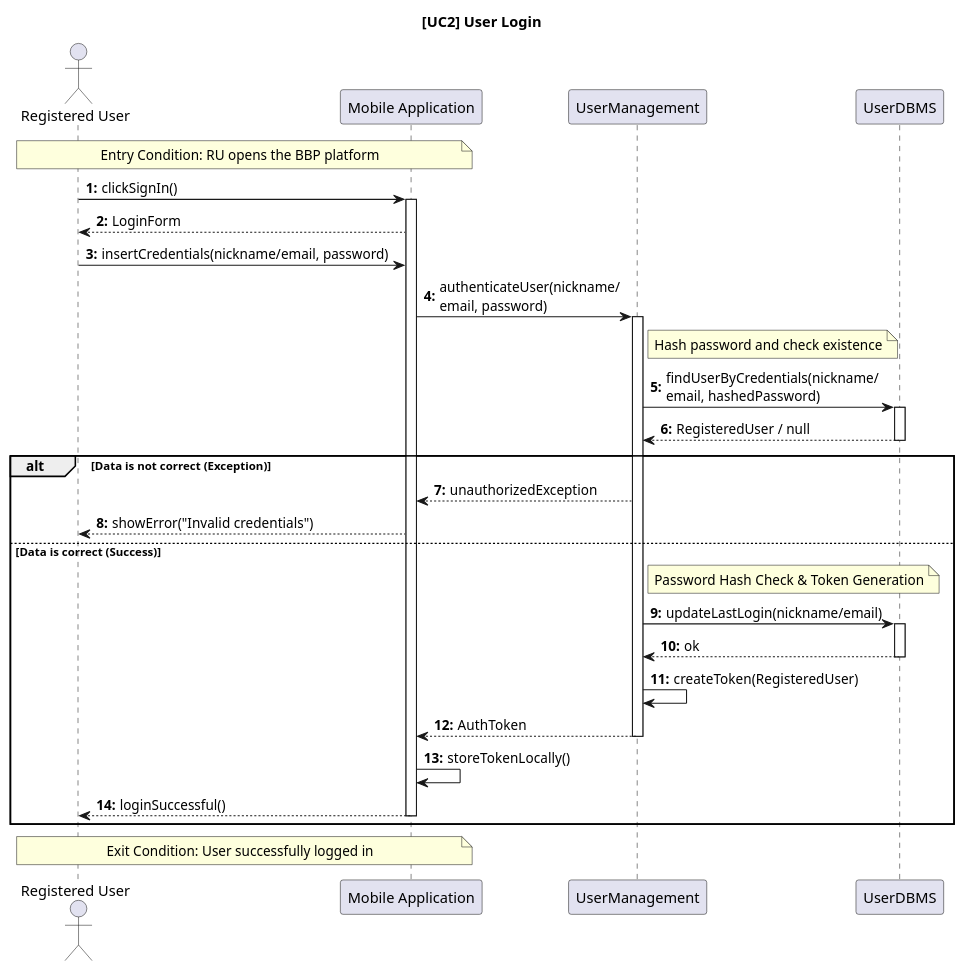
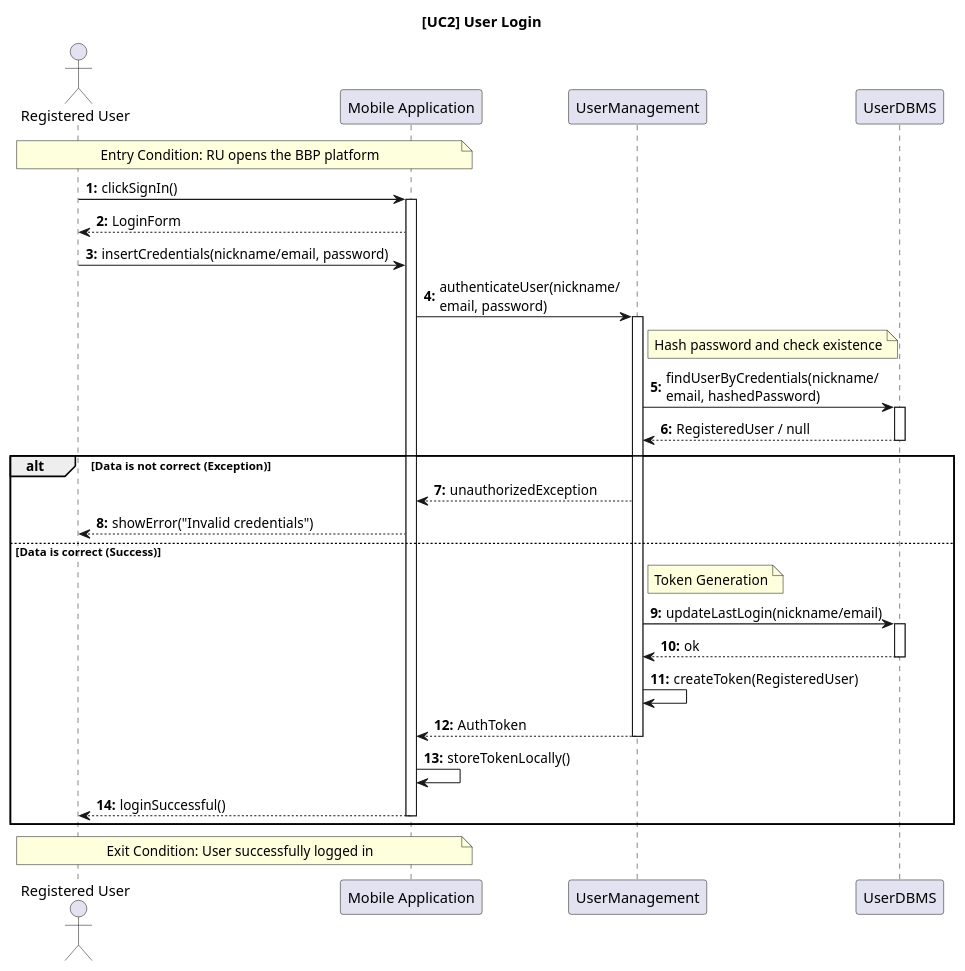
The diagram in DD/sequencediagrams/usecase2.puml (ilevinci/RubinoUvinsiVinciguerra), drawn with PlantUML before and after one commit. The commit also changed 7 other files, not shown here.

Commit message:
refinement of use case diagrams (maybe last version, i hope)

```diff
--- a/DD/sequencediagrams/usecase2.puml
+++ b/DD/sequencediagrams/usecase2.puml
@@ -1,62 +1,62 @@
 @startuml UC2_UserLogin_Design
 autonumber "<b>0:"
 title [UC2] User Login 
 
 actor "Registered User" as RU
 participant "Mobile Application" as Client
 participant "UserManagement" as Auth
 participant "UserDBMS" as DB
 
 'entry condition
 note over RU, Client: Entry Condition: RU opens the BBP platform
 
 RU -> Client: clickSignIn()
 activate Client
 
 Client --> RU: LoginForm
 
 ' Steps (a) and (b): Insertion of credentials
 RU -> Client: insertCredentials(nickname/email, password)
 
 Client -> Auth: authenticateUser(nickname/\nemail, password)
 activate Auth
 
 ' Step (c): Verification
 ' Il sistema verifica i dati interrogando il DB
 note right of Auth: Hash password and check existence
 Auth -> DB: findUserByCredentials(nickname/\nemail, hashedPassword)
 activate DB
 DB --> Auth: RegisteredUser / null
 deactivate DB
 
 ' Logic: Alternative paths
 alt Data is not correct (Exception)
     ' Return 401 Unauthorized
     Auth --> Client: unauthorizedException
     Client --> RU: showError("Invalid credentials")
 
 else Data is correct (Success)
     ' Logica interna di autenticazione (Hash check & Token generation)
-    note right of Auth: Password Hash Check & Token Generation
+    note right of Auth: Token Generation
     
     ' Aggiornamento stato (opzionale ma raccomandato)
     Auth -> DB: updateLastLogin(nickname/email)
     activate DB
     DB --> Auth: ok
     deactivate DB
 
     ' Risposta con Token di sessione
     Auth -> Auth: createToken(RegisteredUser)
     Auth --> Client: AuthToken
     deactivate Auth
     
     ' Gestione lato client
     Client -> Client: storeTokenLocally()
     Client --> RU: loginSuccessful()
     deactivate Client
 end
 
 'exit condition
 note over RU, Client: Exit Condition: User successfully logged in
 
 @enduml
```
